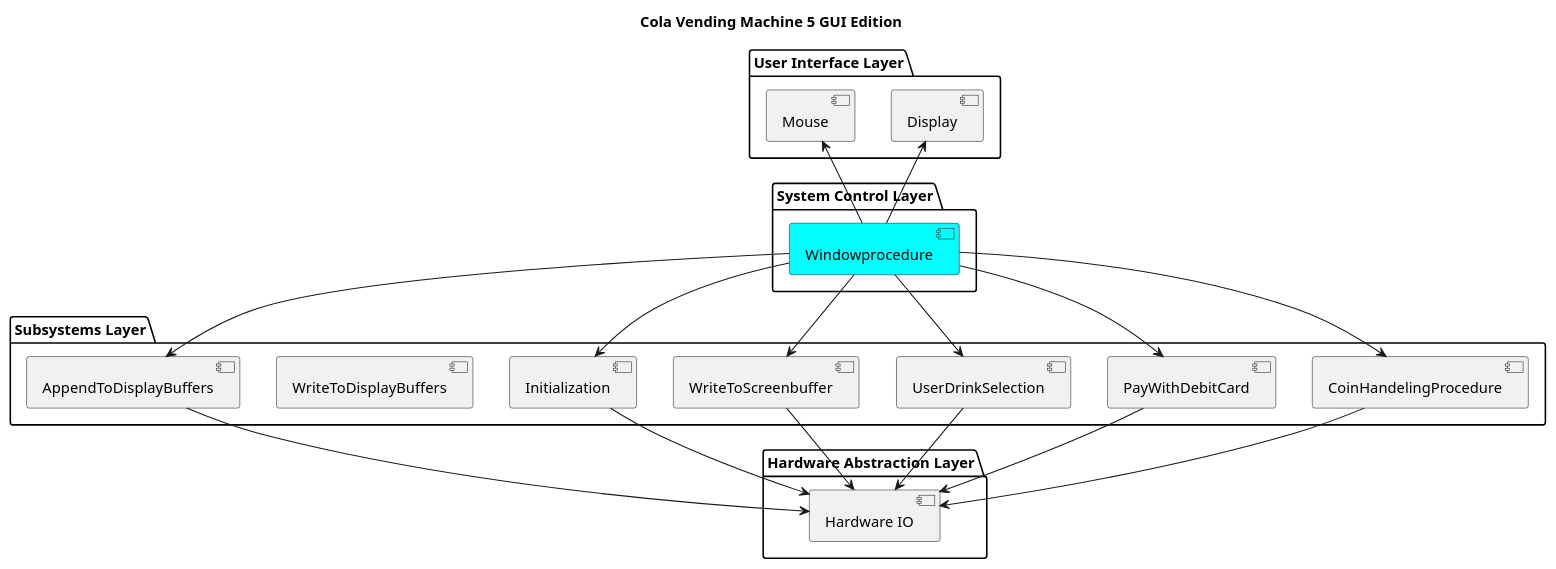
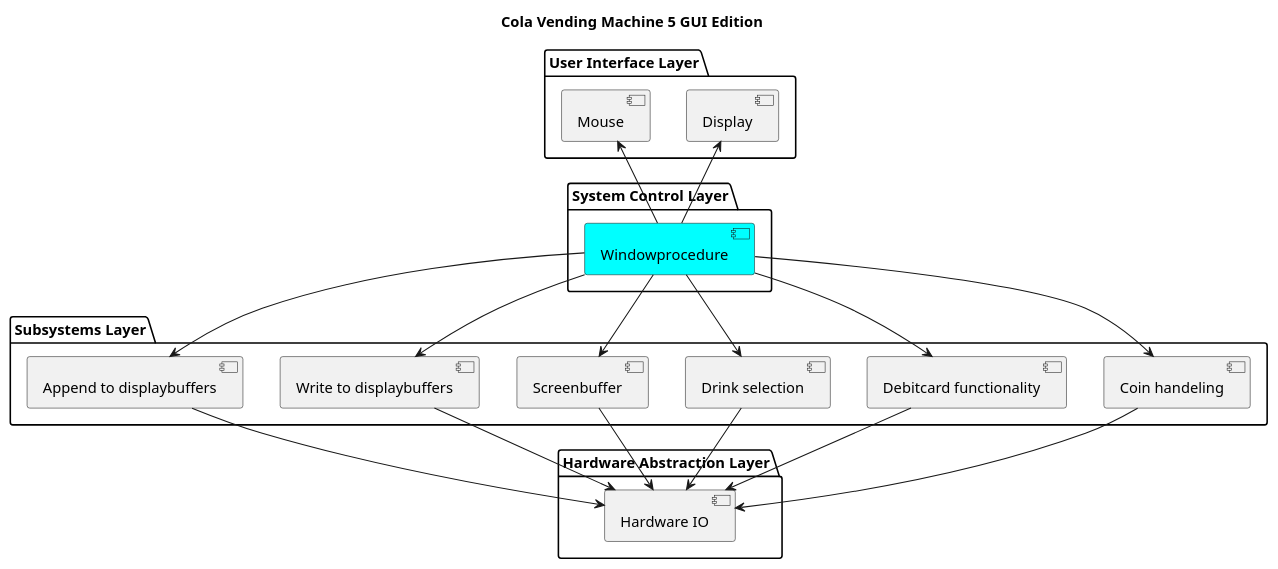
One commit to CupOfEspresso/ColaVendingMachine-5 changed the diagram in Source/ColaVendingMachineGui/ColaVendingMachine-5-layer.puml. Above: the diagram before and after it, drawn with PlantUML. The commit also changed 24 other files, not shown here.

```diff
--- a/Source/ColaVendingMachineGui/ColaVendingMachine-5-layer.puml
+++ b/Source/ColaVendingMachineGui/ColaVendingMachine-5-layer.puml
@@ -1,45 +1,44 @@
 @startuml
 
 title Cola Vending Machine 5 GUI Edition
 
 package "User Interface Layer" {
     [Display]
     [Mouse]
 }
 
 package "System Control Layer" {
     [Windowprocedure] #Cyan
 }
 
 package "Subsystems Layer" {
-    [CoinHandelingProcedure]
-    [PayWithDebitCard]
-    [UserDrinkSelection]
-    [WriteToScreenbuffer]
-    [Initialization]
-    [WriteToDisplayBuffers]
-    [AppendToDisplayBuffers]
+    [Coin handeling]
+    [Debitcard functionality]
+    [Drink selection]
+    [Screenbuffer]
+    [Write to displaybuffers]
+    [Append to displaybuffers]
 }
 
 package "Hardware Abstraction Layer" {
     [Hardware IO]
 }
 
 [Windowprocedure] -up-> [Mouse]
 [Windowprocedure] -up-> [Display]
 
-[Windowprocedure] -down-> [CoinHandelingProcedure]
-[Windowprocedure] -down-> [PayWithDebitCard]
-[Windowprocedure] -down-> [UserDrinkSelection]
-[Windowprocedure] -down-> [WriteToScreenbuffer]
-[Windowprocedure] -down-> [Initialization]
-[Windowprocedure] -down-> [AppendToDisplayBuffers]
+[Windowprocedure] -down-> [Coin handeling]
+[Windowprocedure] -down-> [Debitcard functionality]
+[Windowprocedure] -down-> [Drink selection]
+[Windowprocedure] -down-> [Screenbuffer]
+[Windowprocedure] -down-> [Write to displaybuffers]
+[Windowprocedure] -down-> [Append to displaybuffers]
 
-[CoinHandelingProcedure] -down-> [Hardware IO]
-[PayWithDebitCard] -down-> [Hardware IO]
-[UserDrinkSelection] -down-> [Hardware IO]
-[WriteToScreenbuffer] -down-> [Hardware IO]
-[Initialization] -down-> [Hardware IO]
-[AppendToDisplayBuffers] -down-> [Hardware IO]
+[Coin handeling] -down-> [Hardware IO]
+[Debitcard functionality] -down-> [Hardware IO]
+[Drink selection] -down-> [Hardware IO]
+[Screenbuffer] -down-> [Hardware IO]
+[Write to displaybuffers] -down-> [Hardware IO]
+[Append to displaybuffers] -down-> [Hardware IO]
 
 @enduml
```
